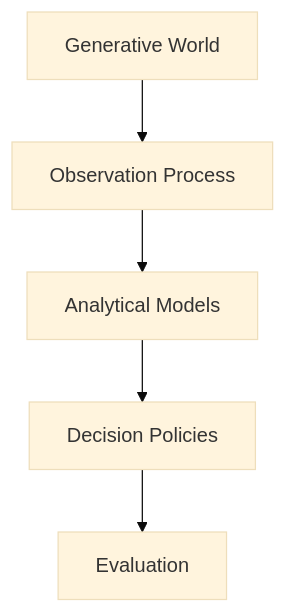
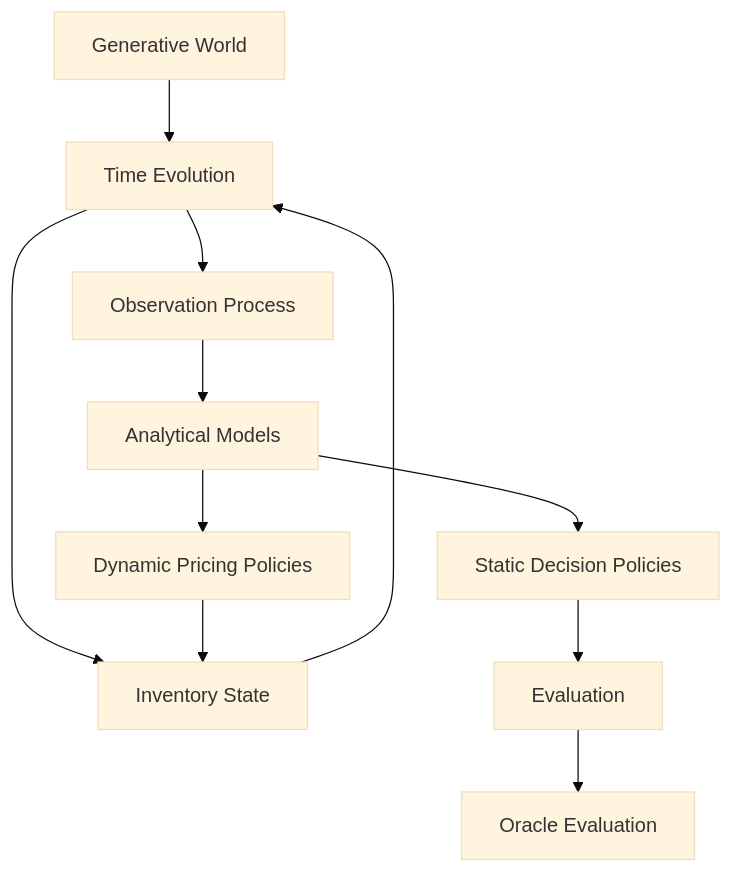
Before and after one commit to rmhorton/sim_prices: the first of 3 diagrams in sim_prices.qmd, drawn with Mermaid (base theme). The commit also changed other lines of this file and 45 other files, not shown here.

````diff
--- a/sim_prices.qmd
+++ b/sim_prices.qmd
@@ -41,17 +59,27 @@
 ```{mermaid}
 %%| echo: false
 
 graph TD
 
 world["Generative World"]
+time["Time Evolution"]
+inventory["Inventory State"]
 observe["Observation Process"]
 analysis["Analytical Models"]
-decisions["Decision Policies"]
+decisions["Static Decision Policies"]
+dynamic_decisions["Dynamic Pricing Policies"]
 evaluation["Evaluation"]
+oracle["Oracle Evaluation"]
 
-world --> observe
+world --> time
+time --> inventory
+time --> observe
 observe --> analysis
 analysis --> decisions
+analysis --> dynamic_decisions
 decisions --> evaluation
+dynamic_decisions --> inventory
+inventory --> time
+evaluation --> oracle
 
 ```
````
